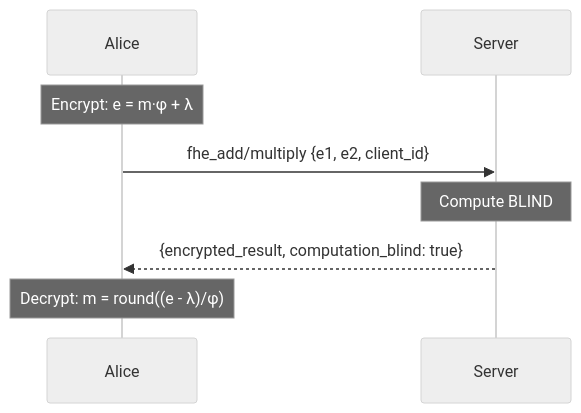
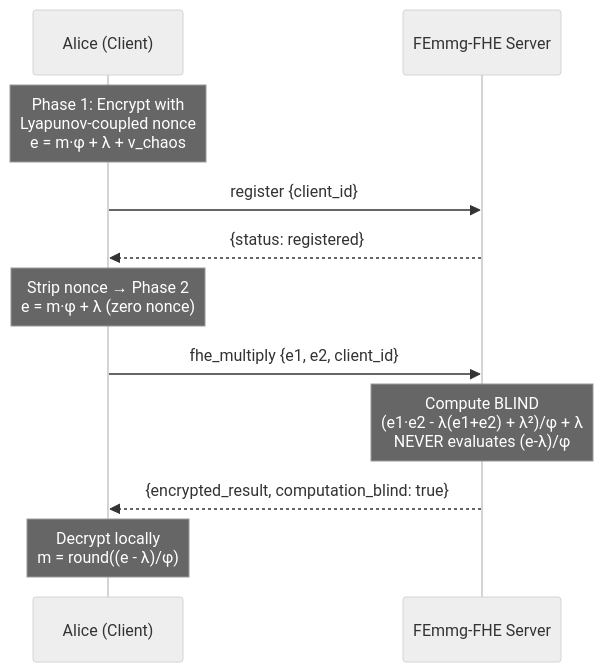
Before and after one commit to primordialomegazero/femmgFHE: the diagram in README.md, drawn with Mermaid (neutral theme). The commit also changed other lines of this file, not shown here.

Commit message:
docs: README v12.0 — Lyapunov Proof, 30/30 Dark Abyss, two-phase architecture

````diff
--- a/README.md
+++ b/README.md
@@ -133,10 +154,16 @@
 ```mermaid
 sequenceDiagram
-    participant Alice
-    participant Server
-    Note over Alice: Encrypt: e = m·φ + λ
-    Alice->>Server: fhe_add/multiply {e1, e2, client_id}
-    Note over Server: Compute BLIND
+    participant Alice as Alice (Client)
+    participant Server as FEmmg-FHE Server
+    
+    Note over Alice: Phase 1: Encrypt with<br/>Lyapunov-coupled nonce<br/>e = m·φ + λ + ν_chaos
+    Alice->>Server: register {client_id}
+    Server-->>Alice: {status: registered}
+    
+    Note over Alice: Strip nonce → Phase 2<br/>e = m·φ + λ (zero nonce)
+    Alice->>Server: fhe_multiply {e1, e2, client_id}
+    Note over Server: Compute BLIND<br/>(e1·e2 - λ(e1+e2) + λ²)/φ + λ<br/>NEVER evaluates (e-λ)/φ
     Server-->>Alice: {encrypted_result, computation_blind: true}
-    Note over Alice: Decrypt: m = round((e - λ)/φ)
+    
+    Note over Alice: Decrypt locally<br/>m = round((e - λ)/φ)
 ```
````
